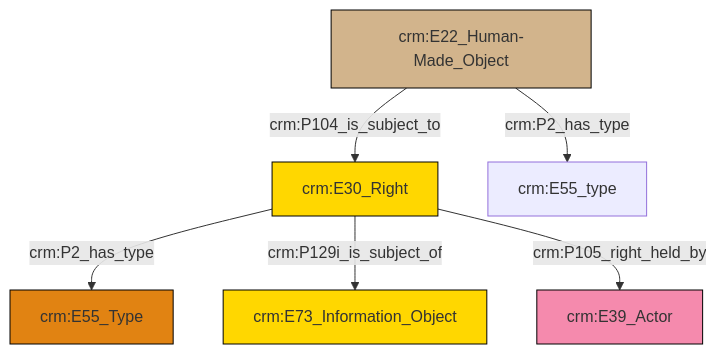
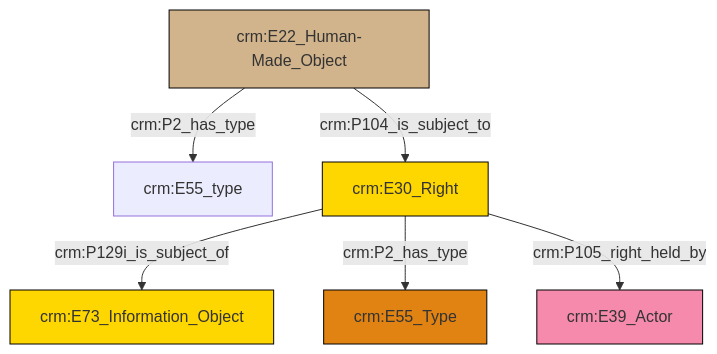
One commit to swiss-art-research-net/reference-data-models changed the diagram in et/builtWorkCSV/ttl/mmd/Built_Work_rights.ttl.mmd. Above: the diagram before and after it, drawn with Mermaid. The commit also changed 128 other files, not shown here.

```diff
--- a/et/builtWorkCSV/ttl/mmd/Built_Work_rights.ttl.mmd
+++ b/et/builtWorkCSV/ttl/mmd/Built_Work_rights.ttl.mmd
@@ -1,20 +1,20 @@
 graph TD
 classDef Literal fill:#f2f2f2,stroke:#000000;
 classDef CRM_Entity fill:#FFFFFF,stroke:#000000;
 classDef Temporal_Entity fill:#00C9E6, stroke:#000000;
 classDef Type fill:#E18312, stroke:#000000;
 classDef Time-Span fill:#2C9C91, stroke:#000000;
 classDef Appellation fill:#FFEB7F, stroke:#000000;
 classDef Place fill:#008836, stroke:#000000;
 classDef Persistent_Item fill:#B266B2, stroke:#000000;
 classDef Conceptual_Object fill:#FFD700, stroke:#000000;
 classDef Physical_Thing fill:#D2B48C, stroke:#000000;
 classDef Actor fill:#f58aad, stroke:#000000;
 classDef PC_Classes fill:#4ce600, stroke:#000000;
 classDef Multi fill:#cccccc,stroke:#000000;
 
-0["crm:E30_Right"]:::Conceptual_Object -->|crm:P2_has_type| 8["crm:E55_Type"]:::Type
-0["crm:E30_Right"]:::Conceptual_Object -->|crm:P129i_is_subject_of| 10["crm:E73_Information_Object"]:::Conceptual_Object
-6["crm:E22_Human-Made_Object"]:::Physical_Thing -->|crm:P2_has_type| 2["crm:E55_type"]:::Default
-0["crm:E30_Right"]:::Conceptual_Object -->|crm:P105_right_held_by| 4["crm:E39_Actor"]:::Actor
-6["crm:E22_Human-Made_Object"]:::Physical_Thing -->|crm:P104_is_subject_to| 0["crm:E30_Right"]:::Conceptual_Object
+2["crm:E22_Human-Made_Object"]:::Physical_Thing -->|crm:P2_has_type| 0["crm:E55_type"]:::Default
+5["crm:E30_Right"]:::Conceptual_Object -->|crm:P129i_is_subject_of| 6["crm:E73_Information_Object"]:::Conceptual_Object
+2["crm:E22_Human-Made_Object"]:::Physical_Thing -->|crm:P104_is_subject_to| 5["crm:E30_Right"]:::Conceptual_Object
+5["crm:E30_Right"]:::Conceptual_Object -->|crm:P2_has_type| 9["crm:E55_Type"]:::Type
+5["crm:E30_Right"]:::Conceptual_Object -->|crm:P105_right_held_by| 3["crm:E39_Actor"]:::Actor
```
